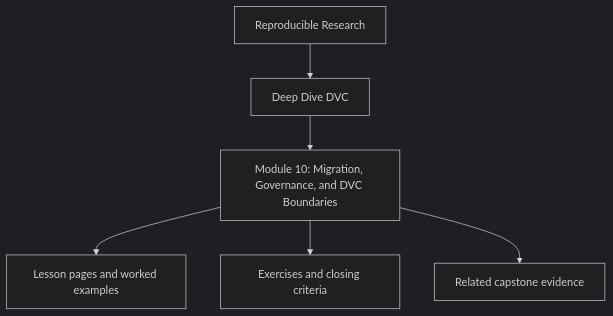
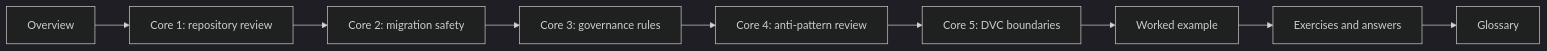
Before and after one commit to bijux/bijux-masterclass: the diagram in programs/reproducible-research/deep-dive-dvc/course-book/module-10-migration-governance-dvc-boundaries/index.md, drawn with Mermaid (dark theme). The commit also changed other lines of this file, not shown here.

Commit message:
docs(dvc): reshape stewardship overview

````diff
--- a/programs/reproducible-research/deep-dive-dvc/course-book/module-10-migration-governance-dvc-boundaries/index.md
+++ b/programs/reproducible-research/deep-dive-dvc/course-book/module-10-migration-governance-dvc-boundaries/index.md
@@ -9,8 +46,11 @@
 ```mermaid
-flowchart TD
-  family["Reproducible Research"] --> program["Deep Dive DVC"]
-  program --> module["Module 10: Migration, Governance, and DVC Boundaries"]
-  module --> lessons["Lesson pages and worked examples"]
-  module --> checkpoints["Exercises and closing criteria"]
-  module --> capstone["Related capstone evidence"]
+flowchart LR
+  overview["Overview"] --> core1["Core 1: repository review"]
+  core1 --> core2["Core 2: migration safety"]
+  core2 --> core3["Core 3: governance rules"]
+  core3 --> core4["Core 4: anti-pattern review"]
+  core4 --> core5["Core 5: DVC boundaries"]
+  core5 --> example["Worked example"]
+  example --> practice["Exercises and answers"]
+  practice --> glossary["Glossary"]
 ```
````
